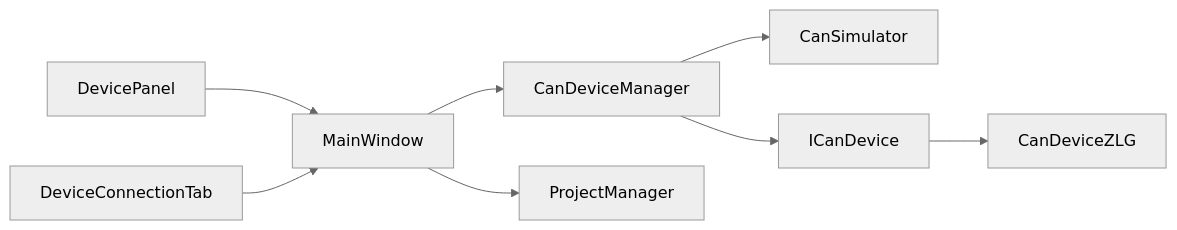
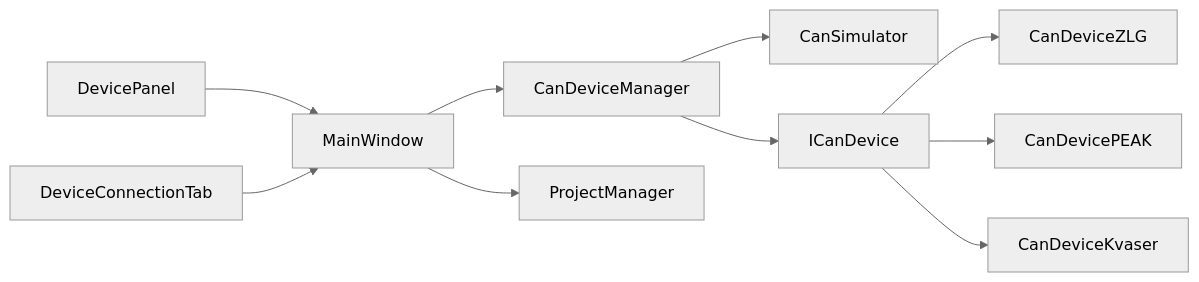
The fifth of 5 diagrams in .qoder/repowiki/zh/content/架构设计/UI系统设计/设备连接界面.md (jakecai1225-design/OpenBus), drawn with Mermaid (neutral theme) before and after one commit. The commit also changed other lines of this file and 109 other files, not shown here.

````diff
--- a/.qoder/repowiki/zh/content/架构设计/UI系统设计/设备连接界面.md
+++ b/.qoder/repowiki/zh/content/架构设计/UI系统设计/设备连接界面.md
@@ -345,10 +366,12 @@
 ```mermaid
 graph LR
 DP["DevicePanel"] --> MW["MainWindow"]
 DCT["DeviceConnectionTab"] --> MW
 MW --> CDM["CanDeviceManager"]
 MW --> PM["ProjectManager"]
 CDM --> SIM["CanSimulator"]
 CDM --> IFACE["ICanDevice"]
 IFACE --> ZLG["CanDeviceZLG"]
+IFACE --> PEAK["CanDevicePEAK"]
+IFACE --> KVASER["CanDeviceKvaser"]
 ```
````
